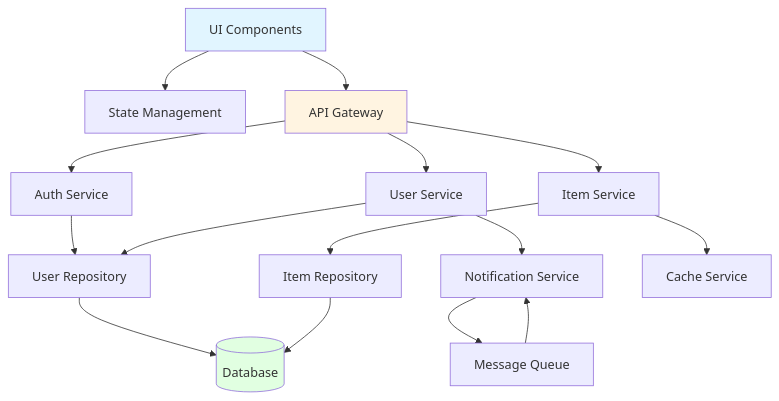
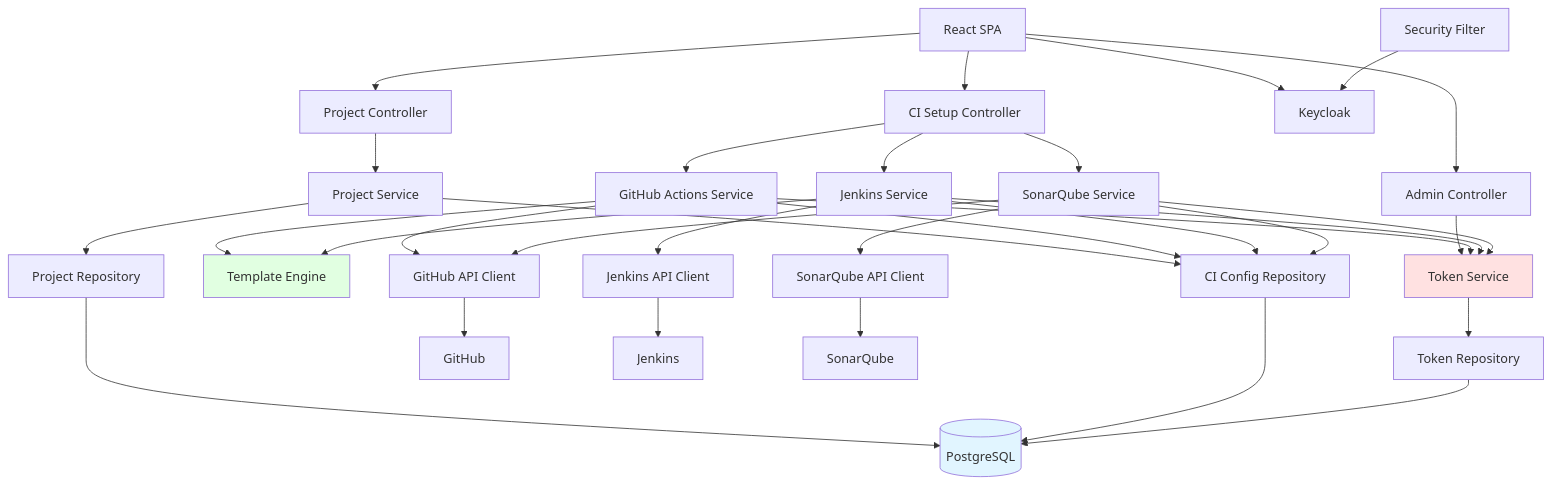
The seventh of 7 diagrams in docs/hld/components.md (kost0806/ci-hub), drawn with Mermaid before and after one commit. The commit also changed other lines of this file and 6 other files, not shown here.

````diff
--- a/docs/hld/components.md
+++ b/docs/hld/components.md
@@ -335,34 +484,61 @@
 ```mermaid
 graph TD
-    UI[UI Components]
-    State[State Management]
-    API[API Gateway]
-    Auth[Auth Service]
-    User[User Service]
-    Item[Item Service]
-    Notify[Notification Service]
-    UserRepo[User Repository]
-    ItemRepo[Item Repository]
-    Cache[Cache Service]
-    Queue[Message Queue]
-    DB[(Database)]
+    FE[React SPA]
+    SecFilter[Security Filter]
+    ProjCtrl[Project Controller]
+    CICtrl[CI Setup Controller]
+    AdminCtrl[Admin Controller]
+    ProjSvc[Project Service]
+    GHSvc[GitHub Actions Service]
+    JKSvc[Jenkins Service]
+    SQSvc[SonarQube Service]
+    TokenSvc[Token Service]
+    Tmpl[Template Engine]
+    ProjRepo[Project Repository]
+    CIRepo[CI Config Repository]
+    TokenRepo[Token Repository]
+    GHClient[GitHub API Client]
+    JKClient[Jenkins API Client]
+    SQClient[SonarQube API Client]
+    DB[(PostgreSQL)]
+    KC[Keycloak]
 
-    UI --> State
-    UI --> API
-    API --> Auth
-    API --> User
-    API --> Item
-    Auth --> UserRepo
-    User --> UserRepo
-    User --> Notify
-    Item --> ItemRepo
-    Item --> Cache
-    Notify --> Queue
-    UserRepo --> DB
-    ItemRepo --> DB
-    Queue --> Notify
+    FE --> ProjCtrl
+    FE --> CICtrl
+    FE --> AdminCtrl
+    FE --> KC
 
-    style UI fill:#e1f5ff
-    style API fill:#fff4e1
-    style DB fill:#e1ffe1
+    SecFilter --> KC
+    ProjCtrl --> ProjSvc
+    CICtrl --> GHSvc
+    CICtrl --> JKSvc
+    CICtrl --> SQSvc
+    AdminCtrl --> TokenSvc
+
+    ProjSvc --> ProjRepo
+    ProjSvc --> CIRepo
+    GHSvc --> TokenSvc
+    GHSvc --> Tmpl
+    GHSvc --> GHClient
+    GHSvc --> CIRepo
+    JKSvc --> TokenSvc
+    JKSvc --> Tmpl
+    JKSvc --> JKClient
+    JKSvc --> CIRepo
+    SQSvc --> TokenSvc
+    SQSvc --> SQClient
+    SQSvc --> GHClient
+    SQSvc --> CIRepo
+    TokenSvc --> TokenRepo
+
+    ProjRepo --> DB
+    CIRepo --> DB
+    TokenRepo --> DB
+    GHClient --> GH[GitHub]
+    JKClient --> JK[Jenkins]
+    SQClient --> SQ[SonarQube]
+
+    style TokenSvc fill:#ffe1e1
+    style Tmpl fill:#e1ffe1
+    style DB fill:#e1f5ff
 ```
````
